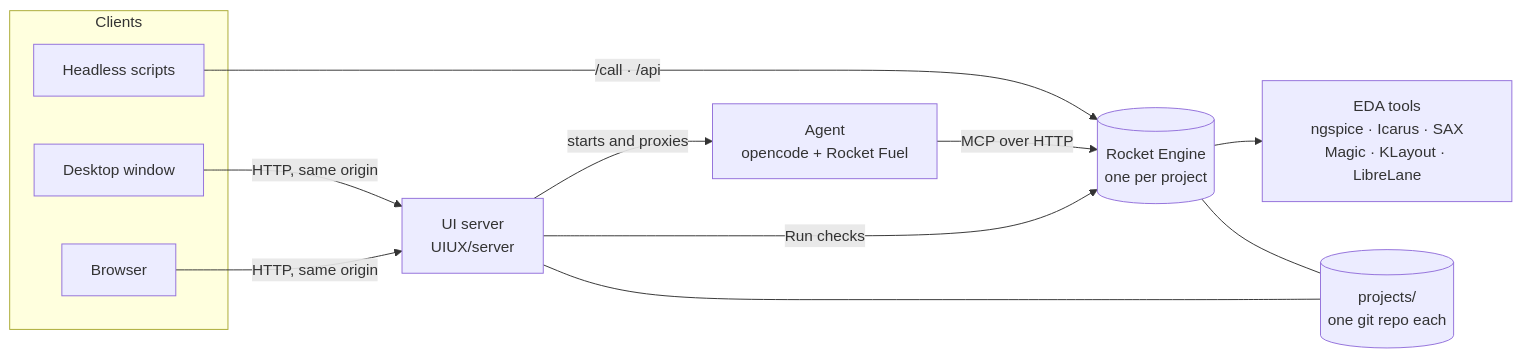
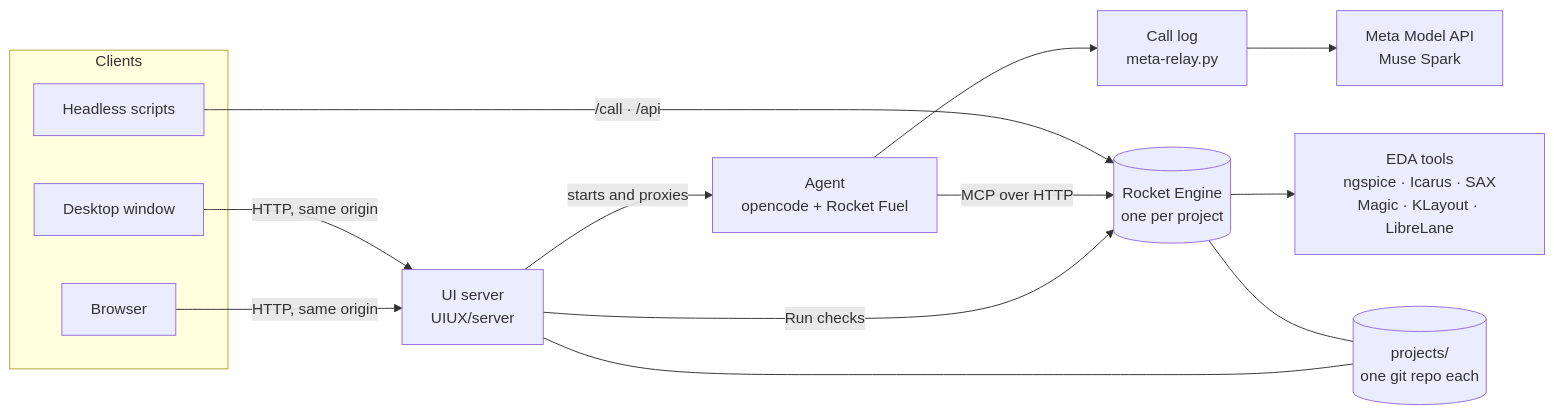
Before and after one commit to Team-RocketEDA/RocketIDE: the diagram in README.md, drawn with Mermaid. The commit also changed other lines of this file and 9 other files, not shown here.

First line of the commit message:
Meet the hackathon rules: Meta models only, every call visible, a no-key path, no manual PDK

````diff
--- a/README.md
+++ b/README.md
@@ -142,23 +180,26 @@
 ```mermaid
 flowchart LR
   subgraph clients["Clients"]
     B["Browser"]
     D["Desktop window"]
     S["Headless scripts"]
   end
   UI["UI server<br/>UIUX/server"]
   A["Agent<br/>opencode + Rocket Fuel"]
+  R["Call log<br/>meta-relay.py"]
+  M["Meta Model API<br/>Muse Spark"]
   E[("Rocket Engine<br/>one per project")]
   T["EDA tools<br/>ngspice · Icarus · SAX<br/>Magic · KLayout · LibreLane"]
   P[("projects/<br/>one git repo each")]
 
   B -- "HTTP, same origin" --> UI
   D -- "HTTP, same origin" --> UI
   UI -- "starts and proxies" --> A
   UI -- "Run checks" --> E
   A -- "MCP over HTTP" --> E
+  A --> R --> M
   S -- "/call · /api" --> E
   E --> T
   UI --- P
   E --- P
 ```
````
